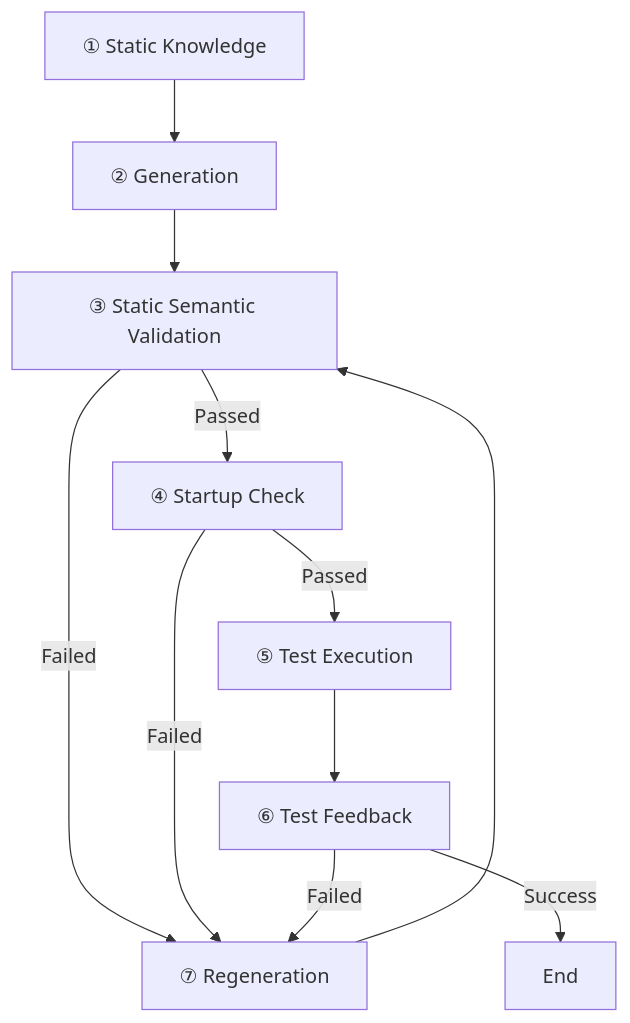
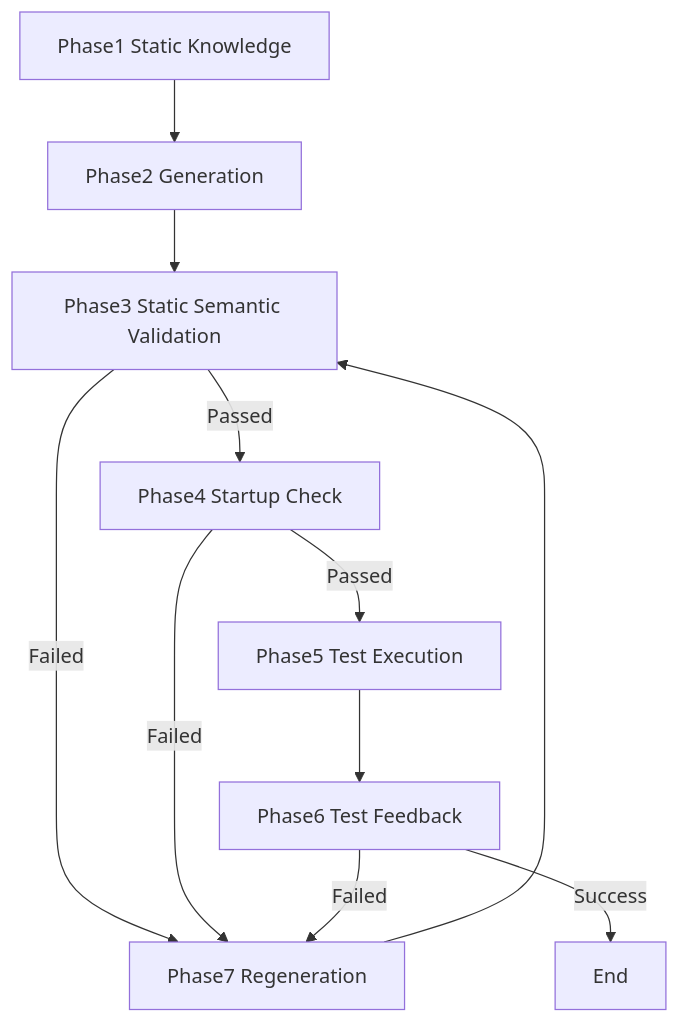
One commit to mas-sdb/ai-coding-fixability changed the diagram in ja/model.md. Above: the diagram before and after it, drawn with Mermaid. The commit also changed other lines of this file and 7 other files, not shown here.

````diff
--- a/ja/model.md
+++ b/ja/model.md
@@ -172,27 +172,27 @@
 ```mermaid
 flowchart TD
 
-    A[① Static Knowledge]
-    B[② Generation]
-    C[③ Static Semantic Validation]
-    D[④ Startup Check]
-    E[⑤ Test Execution]
-    F[⑥ Test Feedback]
-    G[⑦ Regeneration]
+    A[Phase1 Static Knowledge]
+    B[Phase2 Generation]
+    C[Phase3 Static Semantic Validation]
+    D[Phase4 Startup Check]
+    E[Phase5 Test Execution]
+    F[Phase6 Test Feedback]
+    G[Phase7 Regeneration]
 
     A --> B
     B --> C
 
     C -->|Failed| G
     C -->|Passed| D
 
     D -->|Failed| G
     D -->|Passed| E
 
     E --> F
 
     F -->|Success| H[End]
     F -->|Failed| G
 
     G --> C
 ```
````
